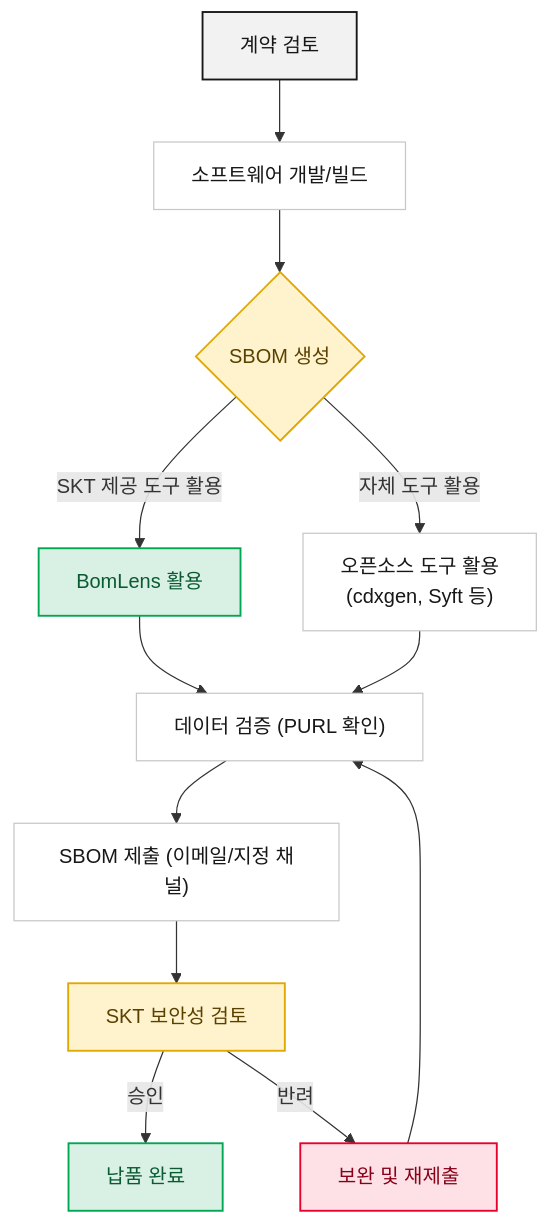
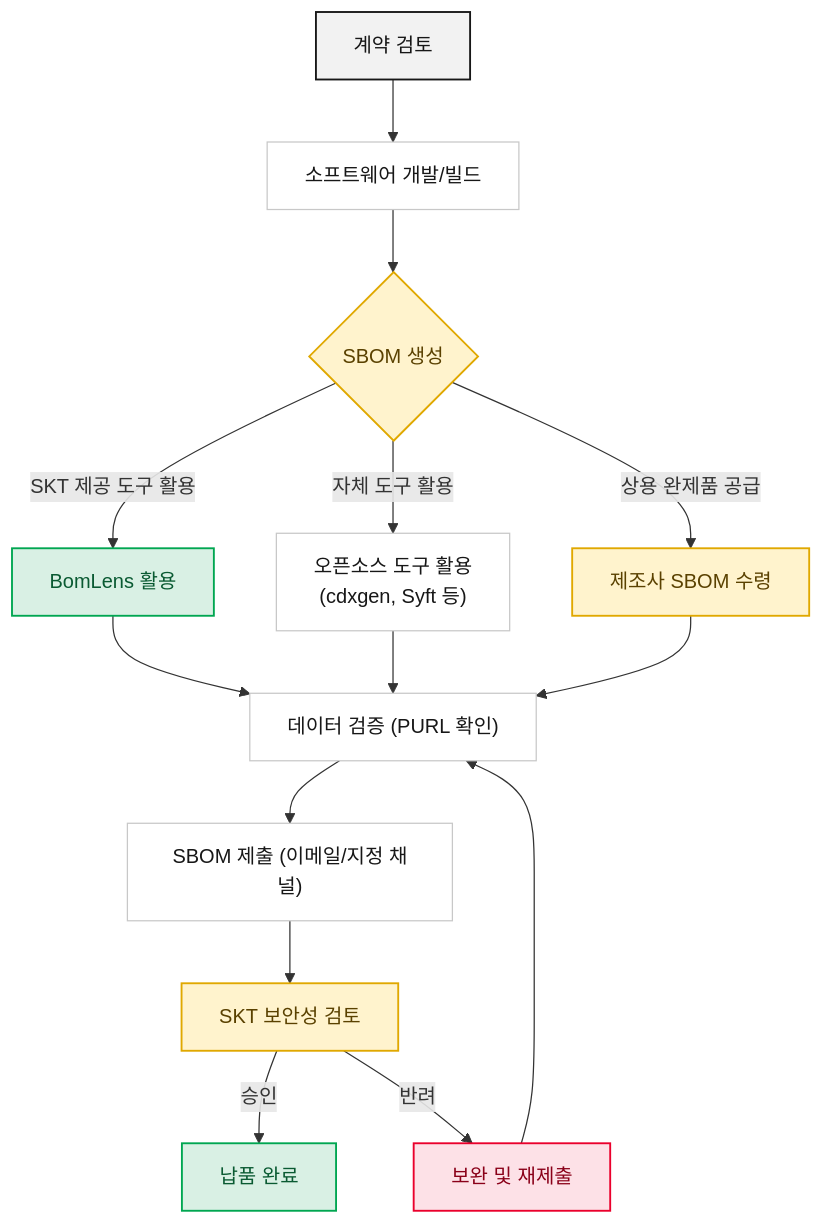
One commit to sktelecom/sktelecom.github.io changed the diagram in content/ko/guide/supply-chain/for-suppliers/_index.md. Above: the diagram before and after it, drawn with Mermaid. The commit also changed other lines of this file and 15 other files, not shown here.

First line of the commit message:
docs(supply-chain): add commercial software supplier path and clarify tool diagram

````diff
--- a/content/ko/guide/supply-chain/for-suppliers/_index.md
+++ b/content/ko/guide/supply-chain/for-suppliers/_index.md
@@ -35,27 +40,31 @@
 ```mermaid
 flowchart TD
     A[계약 검토] --> B["소프트웨어 개발/빌드"]
     B --> C{SBOM 생성}
     C -->|SKT 제공 도구 활용| D[BomLens 활용]
     C -->|자체 도구 활용| E["오픈소스 도구 활용<br>(cdxgen, Syft 등)"]
+    C -->|상용 완제품 공급| K[제조사 SBOM 수령]
     D --> F["데이터 검증 (PURL 확인)"]
     E --> F
+    K --> F
     F --> G["SBOM 제출 (이메일/지정 채널)"]
     G --> H[SKT 보안성 검토]
     H -->|승인| I[납품 완료]
     H -->|반려| J[보완 및 재제출]
     J --> F
 
     classDef start fill:#F2F2F2,stroke:#171717,color:#171717,stroke-width:1.5px
     classDef proc fill:#ffffff,stroke:#c8c8c8,color:#171717,stroke-width:1px
     classDef decision fill:#FFF3CD,stroke:#E0A800,color:#5A4100,stroke-width:1.5px
     classDef good fill:#D9F0E4,stroke:#00A651,color:#0A5A32,stroke-width:1.5px
     classDef danger fill:#FDE1E7,stroke:#EA002C,color:#8A0019,stroke-width:1.5px
+    classDef vendor fill:#FFF3CD,stroke:#E0A800,color:#5A4100,stroke-width:1.5px
 
     class A start
     class B,E,F,G proc
     class C,H decision
     class D,I good
     class J danger
+    class K vendor
 
 ```
````
